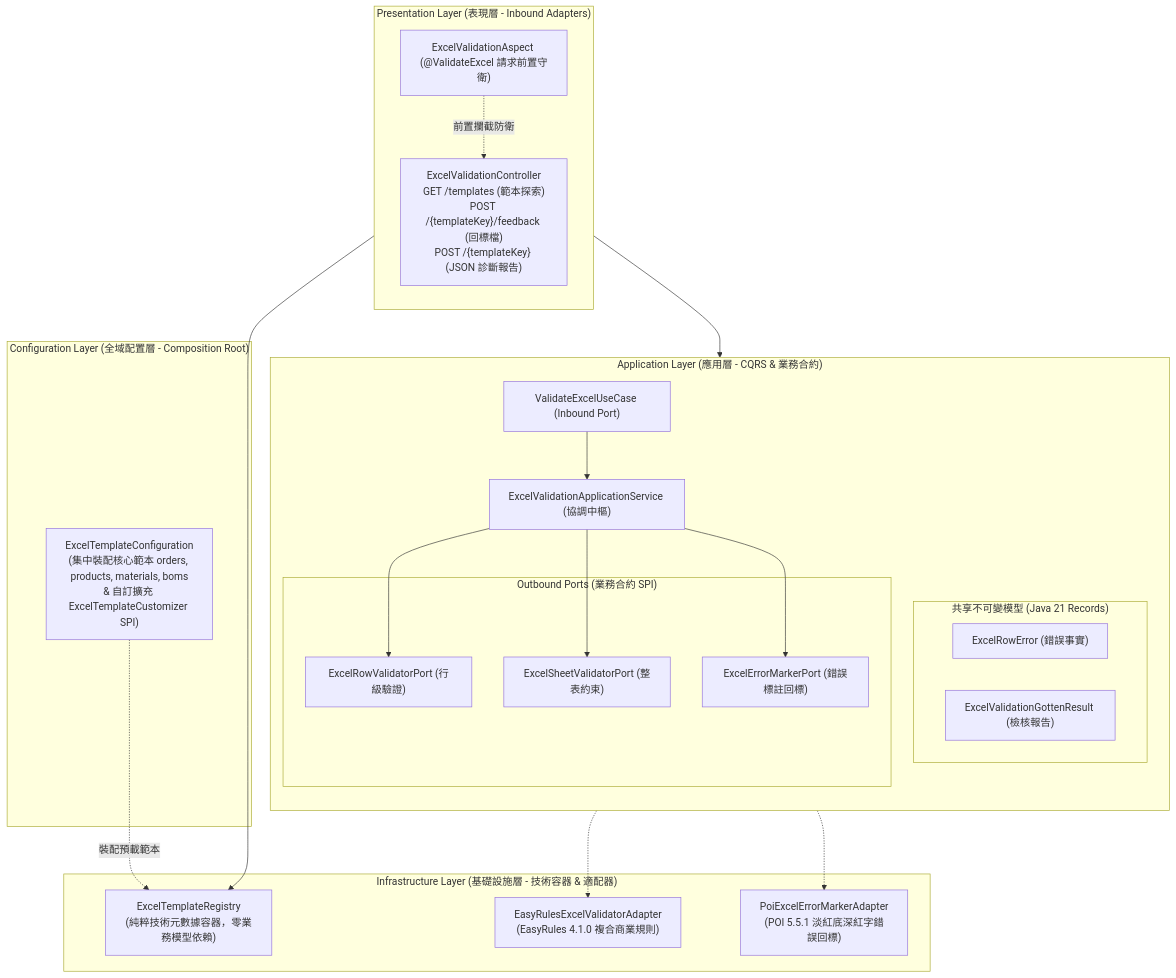
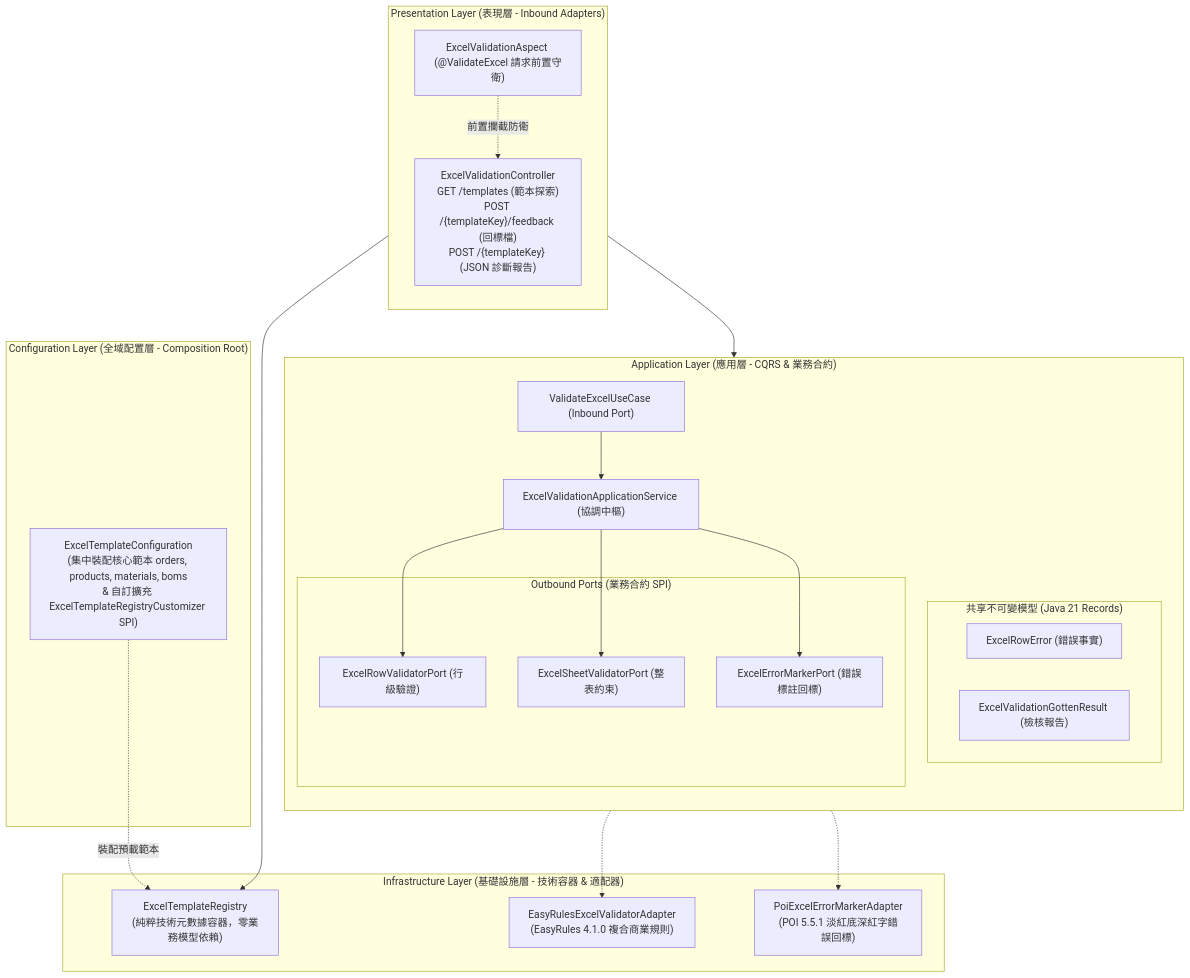
Before and after one commit to nick54785478/excel-module: the first of 2 diagrams in doc/design/custom-validation-and-error-feedback.md, drawn with Mermaid. The commit also changed other lines of this file and 55 other files, not shown here.

First line of the commit message:
refactor(template): decouple template registry and model customizers with Hexagonal Architecture

````diff
--- a/doc/design/custom-validation-and-error-feedback.md
+++ b/doc/design/custom-validation-and-error-feedback.md
@@ -19,46 +19,46 @@
 ```mermaid
 flowchart TD
     subgraph Configuration_Layer ["Configuration Layer (全域配置層 - Composition Root)"]
-        TemplateConfig["ExcelTemplateConfiguration<br/>(集中裝配核心範本 orders, products, materials, boms<br/>& 自訂擴充 ExcelTemplateCustomizer SPI)"]
+        TemplateConfig["ExcelTemplateConfiguration<br/>(集中裝配核心範本 orders, products, materials, boms<br/>& 自訂擴充 ExcelTemplateRegistryCustomizer SPI)"]
     end
 
     subgraph Presentation_Layer ["Presentation Layer (表現層 - Inbound Adapters)"]
         direction TB
         Ctrl["ExcelValidationController<br/>GET /templates (範本探索)<br/>POST /{templateKey}/feedback (回標檔)<br/>POST /{templateKey} (JSON 診斷報告)"]
         Aspect["ExcelValidationAspect (@ValidateExcel 請求前置守衛)"]
     end
 
     subgraph Application_Layer ["Application Layer (應用層 - CQRS & 業務合約)"]
         direction TB
         InPort["ValidateExcelUseCase (Inbound Port)"]
         AppService["ExcelValidationApplicationService (協調中樞)"]
         
         subgraph Contracts ["共享不可變模型 (Java 21 Records)"]
             RowError["ExcelRowError (錯誤事實)"]
             ValResult["ExcelValidationGottenResult (檢核報告)"]
         end
 
         subgraph Outbound_Ports ["Outbound Ports (業務合約 SPI)"]
             RowValPort["ExcelRowValidatorPort (行級驗證)"]
             SheetValPort["ExcelSheetValidatorPort (整表約束)"]
             MarkerPort["ExcelErrorMarkerPort (錯誤標註回標)"]
         end
     end
 
     subgraph Infrastructure_Layer ["Infrastructure Layer (基礎設施層 - 技術容器 & 適配器)"]
         Registry["ExcelTemplateRegistry<br/>(純粹技術元數據容器，零業務模型依賴)"]
         EasyRulesAdapter["EasyRulesExcelValidatorAdapter<br/>(EasyRules 4.1.0 複合商業規則)"]
         PoiFeedback["PoiExcelErrorMarkerAdapter<br/>(POI 5.5.1 淡紅底深紅字錯誤回標)"]
     end
 
     TemplateConfig -. 裝配預載範本 .-> Registry
     Ctrl --> Registry
     Ctrl --> InPort
     Aspect -. 前置攔截防衛 .-> Ctrl
     InPort --> AppService
     AppService --> RowValPort
     AppService --> SheetValPort
     AppService --> MarkerPort
     RowValPort -.-> EasyRulesAdapter
     MarkerPort -.-> PoiFeedback
 ```
````
